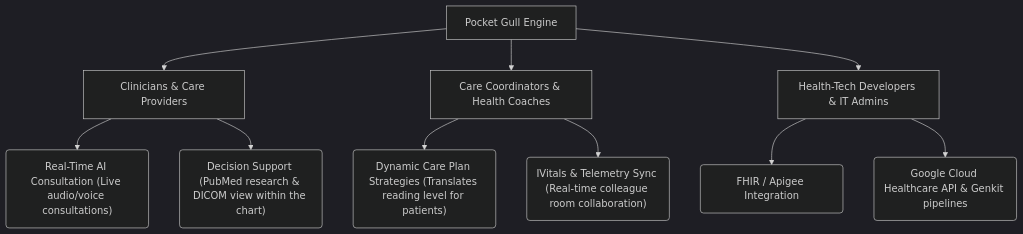
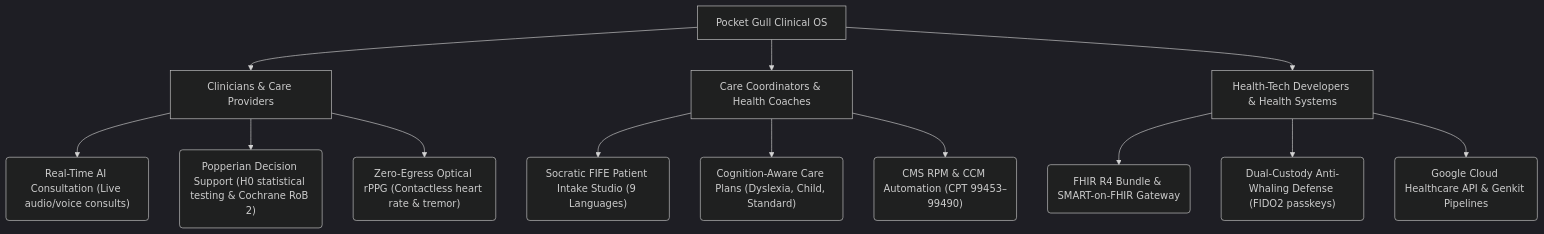
One commit to pocketgull-app/pocketgull changed the diagram in docs/valuation_and_positioning.md. Above: the diagram before and after it, drawn with Mermaid (dark theme). The commit also changed other lines of this file and 14 other files, not shown here.

````diff
--- a/docs/valuation_and_positioning.md
+++ b/docs/valuation_and_positioning.md
@@ -11,15 +11,18 @@
 ```mermaid
 graph TD
-    PG[Pocket Gull Engine] --> C[Clinicians & Care Providers]
+    PG[Pocket Gull Clinical OS] --> C[Clinicians & Care Providers]
     PG --> CT[Care Coordinators & Health Coaches]
-    PG --> D[Health-Tech Developers & IT Admins]
+    PG --> D[Health-Tech Developers & Health Systems]
 
-    C --> C1("Real-Time AI Consultation (Live audio/voice consultations)")
-    C --> C2("Decision Support (PubMed research & DICOM view within the chart)")
+    C --> C1("Real-Time AI Consultation (Live audio/voice consults)")
+    C --> C2("Popperian Decision Support (H0 statistical testing & Cochrane RoB 2)")
+    C --> C3("Zero-Egress Optical rPPG (Contactless heart rate & tremor)")
     
-    CT --> CT1("Dynamic Care Plan Strategies (Translates reading level for patients)")
-    CT --> CT2("IVitals & Telemetry Sync (Real-time colleague room collaboration)")
+    CT --> CT1("Socratic FIFE Patient Intake Studio (9 Languages)")
+    CT --> CT2("Cognition-Aware Care Plans (Dyslexia, Child, Standard)")
+    CT --> CT3("CMS RPM & CCM Automation (CPT 99453–99490)")
 
-    D --> D1("FHIR / Apigee Integration")
-    D --> D2("Google Cloud Healthcare API & Genkit pipelines")
+    D --> D1("FHIR R4 Bundle & SMART-on-FHIR Gateway")
+    D --> D2("Dual-Custody Anti-Whaling Defense (FIDO2 passkeys)")
+    D --> D3("Google Cloud Healthcare API & Genkit Pipelines")
 ```
````
